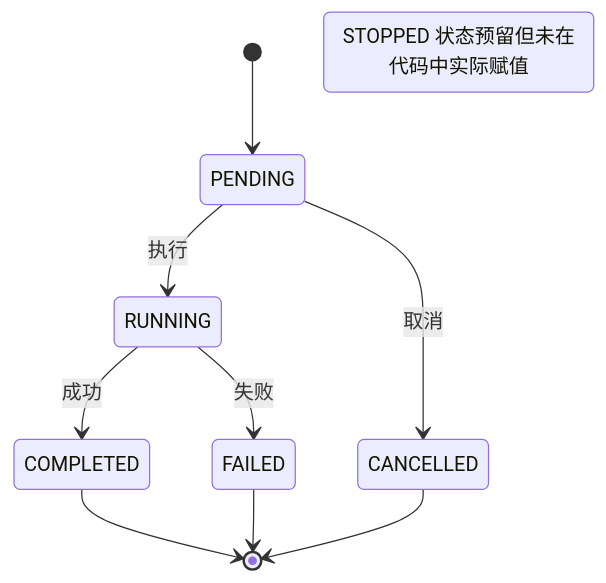
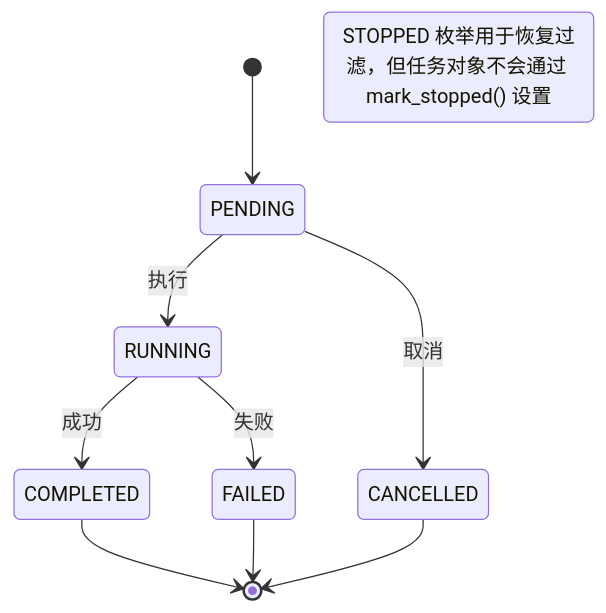
One commit to KKPIP-Tech/InstructionX changed the first of 3 diagrams in docs/core/background-task/overview.md. Above: the diagram before and after it, drawn with Mermaid. The commit also changed other lines of this file and 24 other files, not shown here.

````diff
--- a/docs/core/background-task/overview.md
+++ b/docs/core/background-task/overview.md
@@ -132,12 +133,12 @@
 ```mermaid
 stateDiagram-v2
     [*] --> PENDING
     PENDING --> RUNNING: 执行
     PENDING --> CANCELLED: 取消
     RUNNING --> COMPLETED: 成功
     RUNNING --> FAILED: 失败
     COMPLETED --> [*]
     FAILED --> [*]
     CANCELLED --> [*]
-    Note: STOPPED 状态预留但未在代码中实际赋值
+    Note: STOPPED 枚举用于恢复过滤，但任务对象不会通过 mark_stopped() 设置
 ```
````
